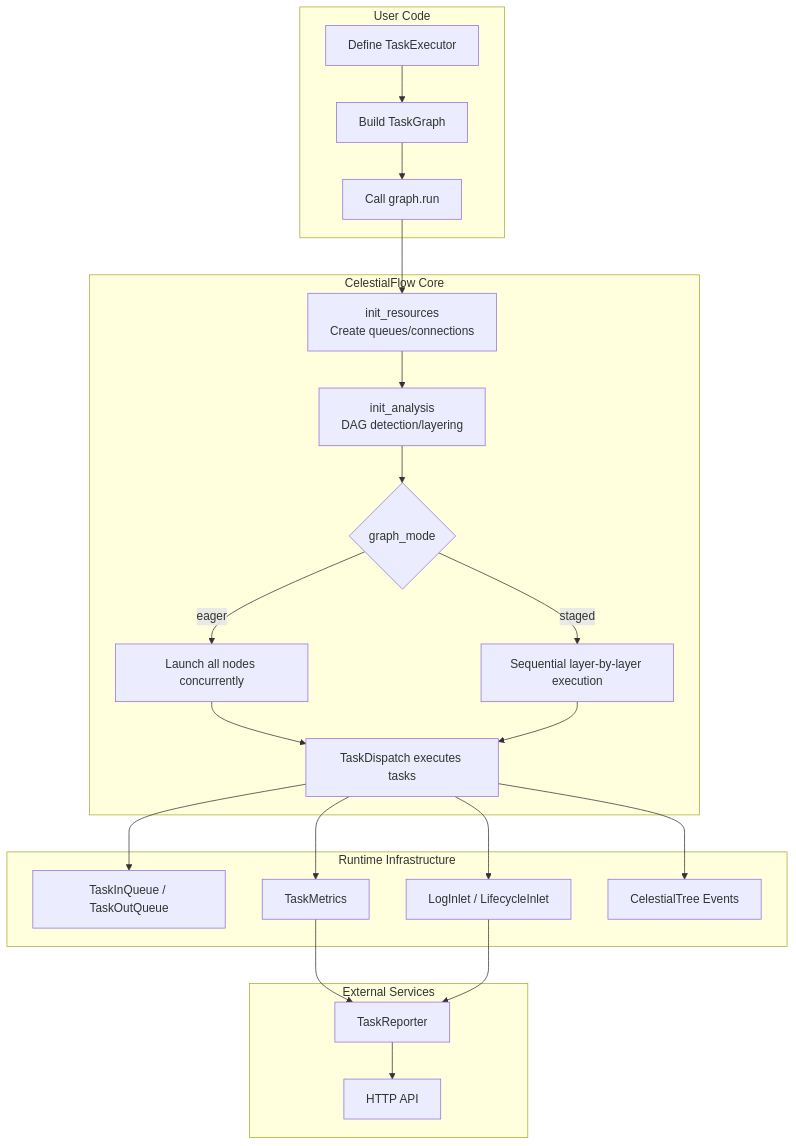
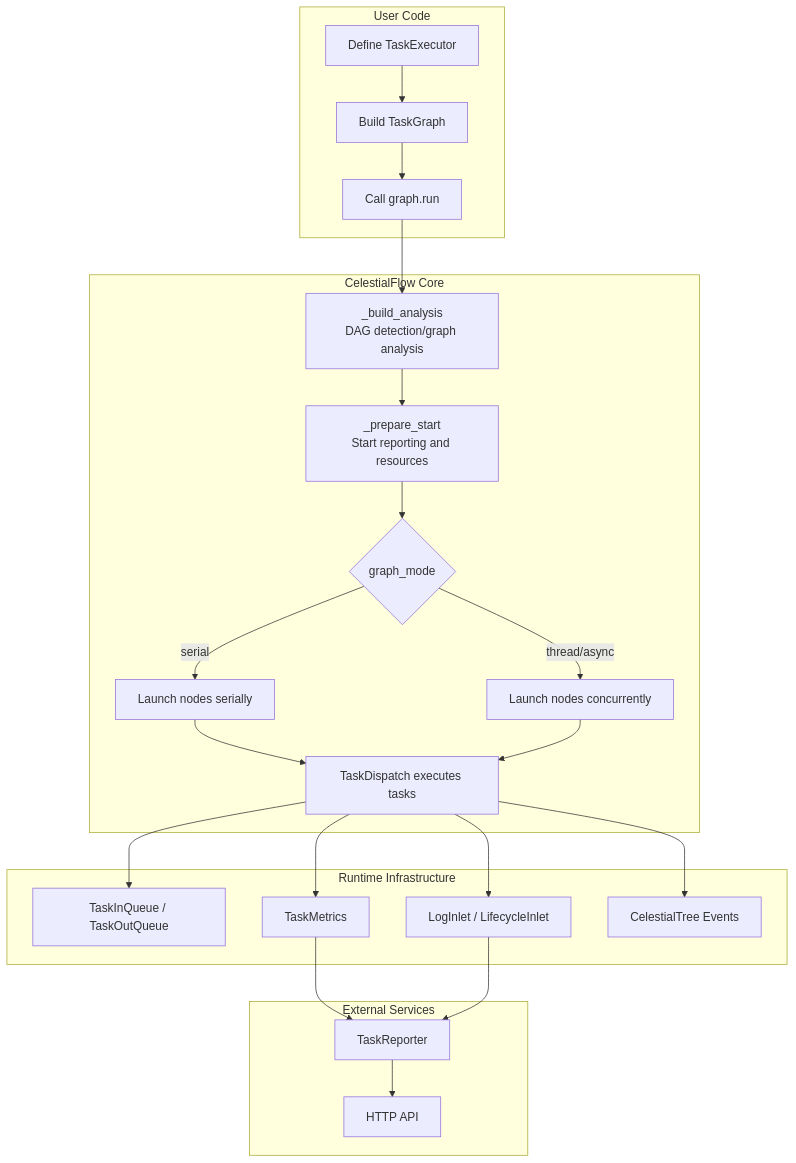
The first of 9 diagrams in docs/en/presentation.md (Mr-xiaotian/CelestialFlow), drawn with Mermaid before and after one commit. The commit also changed other lines of this file and 211 other files, not shown here.

````diff
--- a/docs/en/presentation.md
+++ b/docs/en/presentation.md
@@ -76,33 +76,33 @@
 ```mermaid
 graph TB
     subgraph User Code
         A[Define TaskExecutor] --> B[Build TaskGraph]
         B --> C[Call graph.run]
     end
 
     subgraph CelestialFlow Core
-        C --> D[init_resources<br/>Create queues/connections]
-        D --> E[init_analysis<br/>DAG detection/layering]
+        C --> D[_build_analysis<br/>DAG detection/graph analysis]
+        D --> E[_prepare_start<br/>Start reporting and resources]
         E --> F{graph_mode}
-        F -->|eager| G[Launch all nodes concurrently]
-        F -->|staged| H[Sequential layer-by-layer execution]
+        F -->|serial| G[Launch nodes serially]
+        F -->|thread/async| H[Launch nodes concurrently]
         G --> I[TaskDispatch executes tasks]
         H --> I
     end
 
     subgraph Runtime Infrastructure
         I --> J[TaskInQueue / TaskOutQueue]
         I --> K[TaskMetrics]
         I --> L[LogInlet / LifecycleInlet]
         I --> M[CelestialTree Events]
     end
 
     subgraph External Services
         N[TaskReporter]
         O[HTTP API]
     end
 
     K --> N
     L --> N
     N --> O
 ```
````
